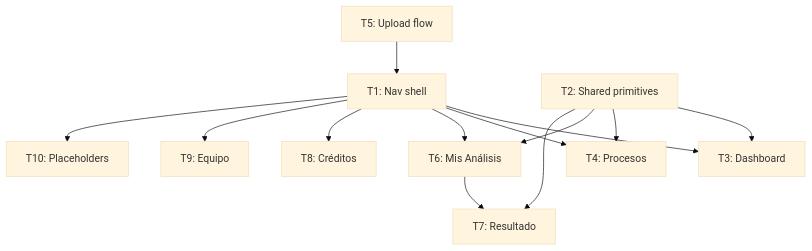
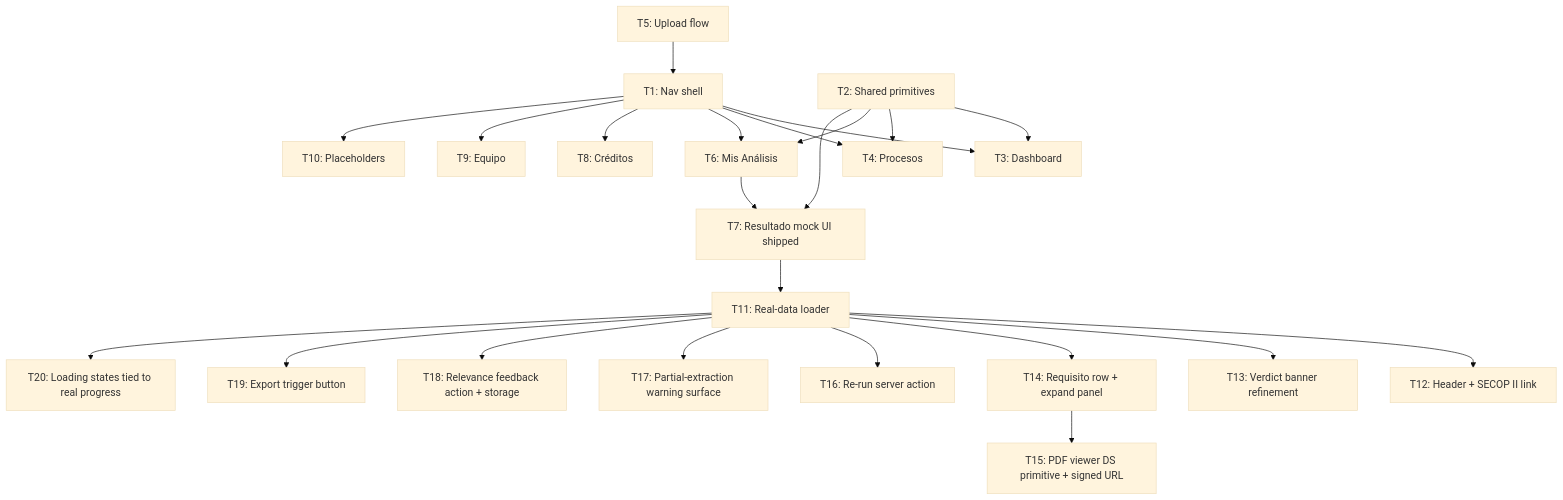
One commit to agentezai/coltratos changed the second of 2 diagrams in docs/coltratos-app-ui/spec/spec.md. Above: the diagram before and after it, drawn with Mermaid (base theme). The commit also changed other lines of this file and 102 other files, not shown here.

First line of the commit message:
feat(coltratos-app-ui): wire Resultado del análisis to real data (T11–T20)

````diff
--- a/docs/coltratos-app-ui/spec/spec.md
+++ b/docs/coltratos-app-ui/spec/spec.md
@@ -108,15 +163,25 @@
 ```mermaid
 flowchart TD
   T1[T1: Nav shell] --> T3[T3: Dashboard]
   T1 --> T4[T4: Procesos]
   T1 --> T6[T6: Mis Análisis]
   T1 --> T8[T8: Créditos]
   T1 --> T9[T9: Equipo]
   T1 --> T10[T10: Placeholders]
   T2[T2: Shared primitives] --> T3
   T2 --> T4
   T2 --> T6
-  T2 --> T7[T7: Resultado]
+  T2 --> T7[T7: Resultado mock UI shipped]
   T5[T5: Upload flow] --> T1
   T6 --> T7
+  T7 --> T11[T11: Real-data loader]
+  T11 --> T12[T12: Header + SECOP II link]
+  T11 --> T13[T13: Verdict banner refinement]
+  T11 --> T14[T14: Requisito row + expand panel]
+  T14 --> T15[T15: PDF viewer DS primitive + signed URL]
+  T11 --> T16[T16: Re-run server action]
+  T11 --> T17[T17: Partial-extraction warning surface]
+  T11 --> T18[T18: Relevance feedback action + storage]
+  T11 --> T19[T19: Export trigger button]
+  T11 --> T20[T20: Loading states tied to real progress]
 ```
````
